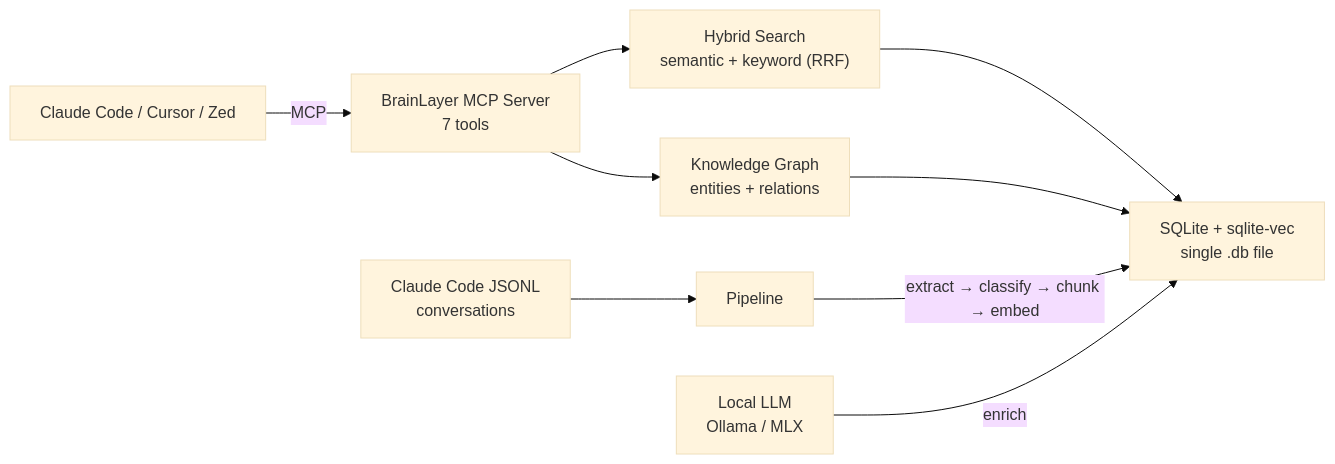
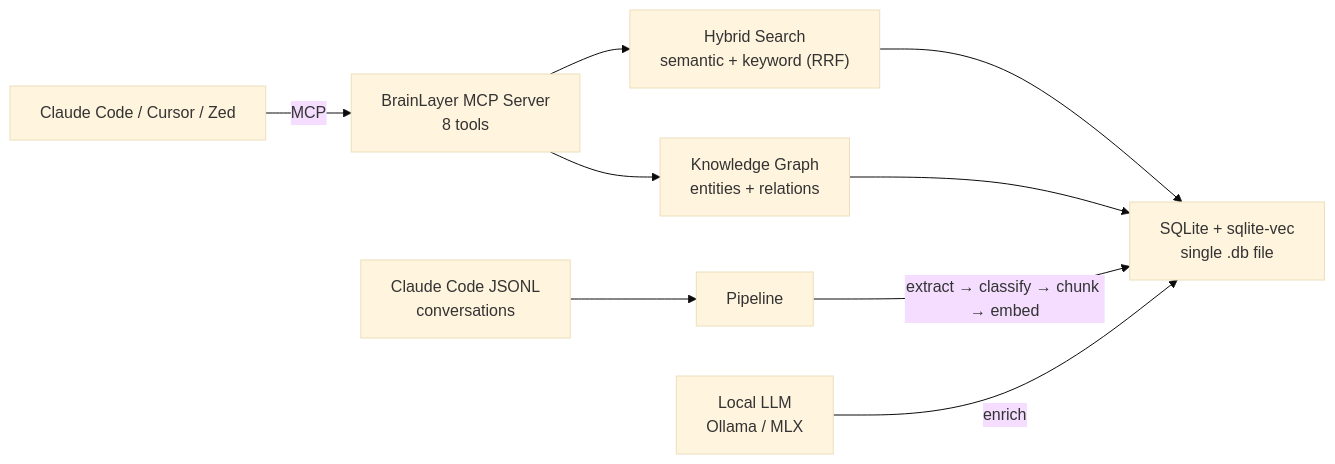
Before and after one commit to EtanHey/brainlayer: the diagram in README.md, drawn with Mermaid (base theme). The commit also changed other lines of this file and 7 other files, not shown here.

````diff
--- a/README.md
+++ b/README.md
@@ -94,12 +94,12 @@
 ```mermaid
 graph LR
-    A["Claude Code / Cursor / Zed"] -->|MCP| B["BrainLayer MCP Server<br/>7 tools"]
+    A["Claude Code / Cursor / Zed"] -->|MCP| B["BrainLayer MCP Server<br/>8 tools"]
     B --> C["Hybrid Search<br/>semantic + keyword (RRF)"]
     C --> D["SQLite + sqlite-vec<br/>single .db file"]
     B --> KG["Knowledge Graph<br/>entities + relations"]
     KG --> D
 
     E["Claude Code JSONL<br/>conversations"] --> F["Pipeline"]
     F -->|extract → classify → chunk → embed| D
     G["Local LLM<br/>Ollama / MLX"] -->|enrich| D
 ```
````
